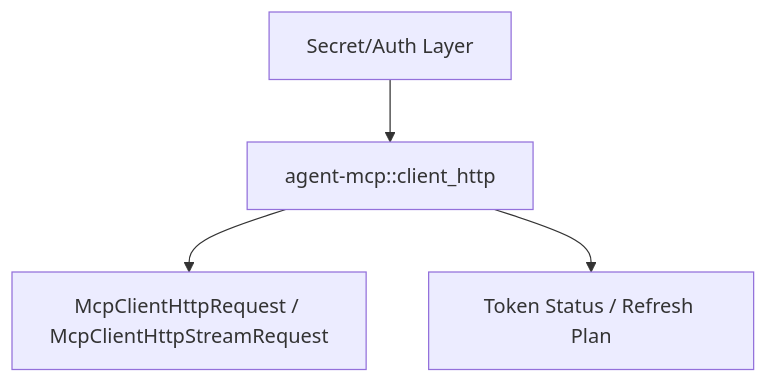
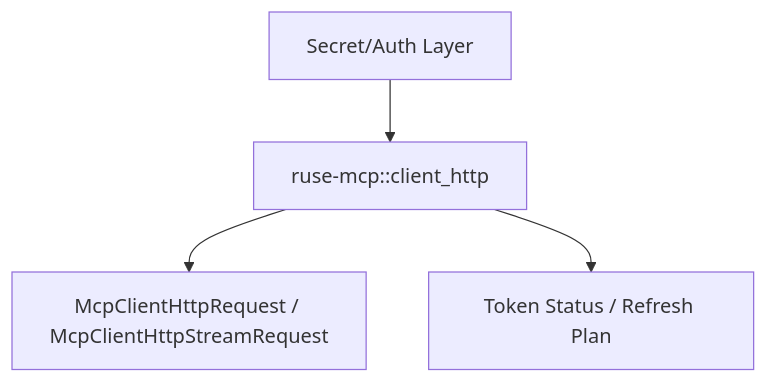
One commit to poneding/agent changed the diagram in docs/specs/M52-mcp-http-oauth-token-lifecycle-runtime.spec.md. Above: the diagram before and after it, drawn with Mermaid. The commit also changed other lines of this file and 2091 other files, not shown here.

First line of the commit message:
refactor: rename agent branding to ruse

````diff
--- a/docs/specs/M52-mcp-http-oauth-token-lifecycle-runtime.spec.md
+++ b/docs/specs/M52-mcp-http-oauth-token-lifecycle-runtime.spec.md
@@ -32,6 +32,6 @@
 ```mermaid
 flowchart TD
-  SecretLayer["Secret/Auth Layer"] --> AgentMcp["agent-mcp::client_http"]
+  SecretLayer["Secret/Auth Layer"] --> AgentMcp["ruse-mcp::client_http"]
   AgentMcp --> Request["McpClientHttpRequest / McpClientHttpStreamRequest"]
   AgentMcp --> Report["Token Status / Refresh Plan"]
 ```
````
